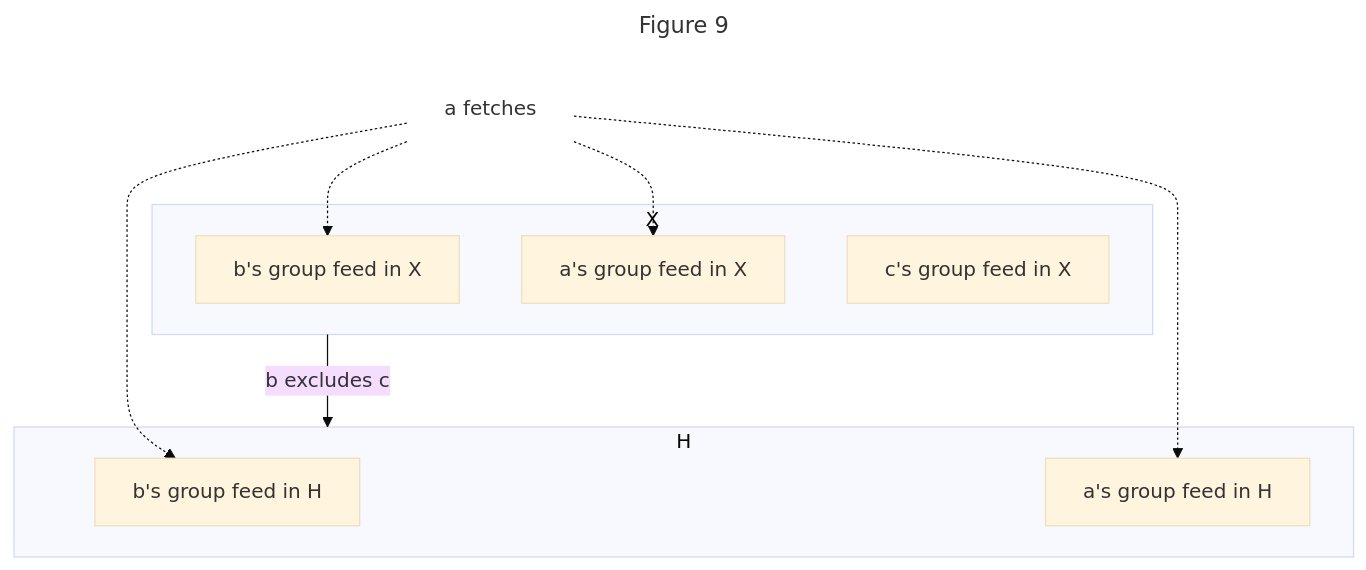
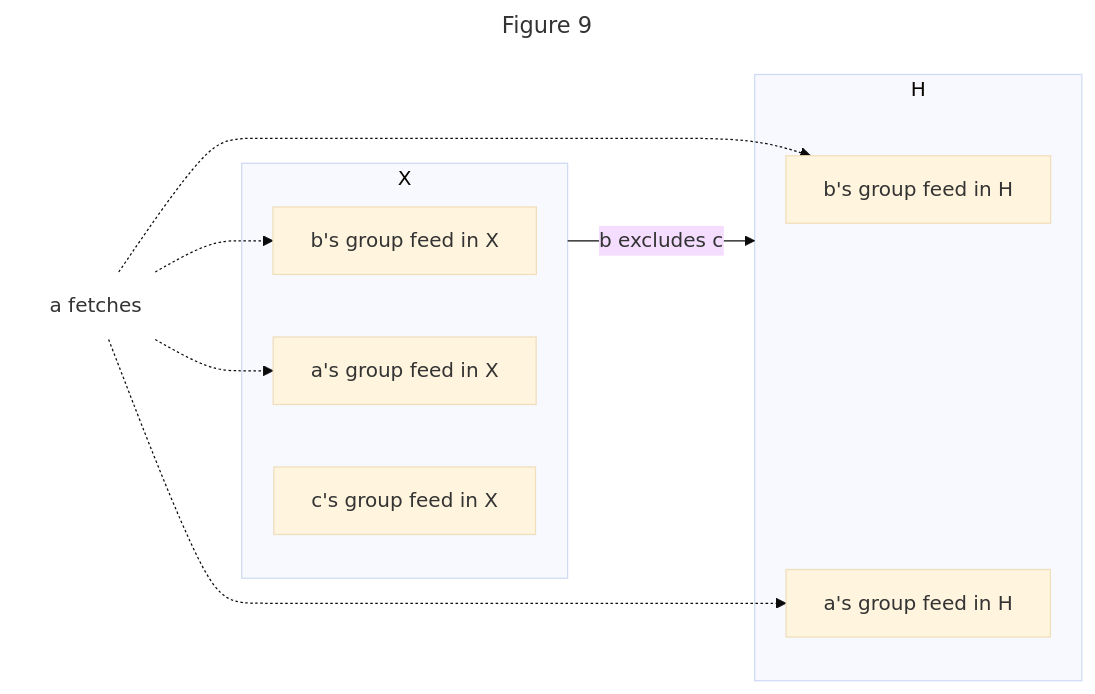
The ninth of 9 diagrams in README.md (ssbc/ssb-group-exclusion-spec), drawn with Mermaid (base theme) before and after one commit. The commit also changed other lines of this file, not shown here.

````diff
--- a/README.md
+++ b/README.md
@@ -393,20 +393,20 @@
 ```mermaid
 ---
 title: Figure 9
 ---
-graph TB;
+graph LR;
   afetch[a fetches]
   subgraph X
     Xb[b's group feed in X]
     Xa[a's group feed in X]
     Xc[c's group feed in X]
   end
   X--"b excludes c"-->H
   subgraph H
     Hb[b's group feed in H]
     Ha[a's group feed in H]
   end
   afetch -.-> Xa & Xb & Ha & Hb
 
   style afetch fill:#0000,stroke:#0000;
 ```
````
